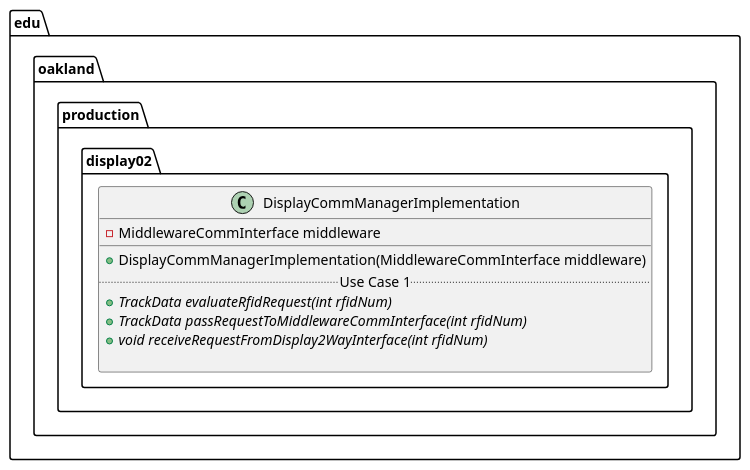
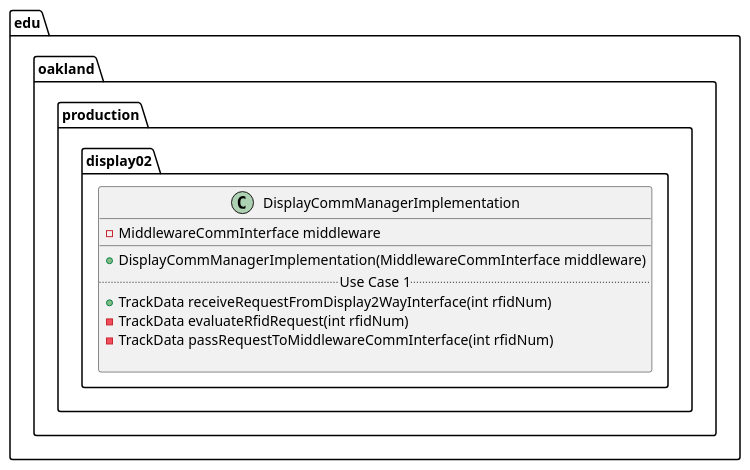
One commit to andrewdimmer/csi-3370-software-project changed the diagram in docs/uml-class-diagrams/display02/production/DisplayCommManagerImplementation/DisplayCommManagerImplementation.puml. Above: the diagram before and after it, drawn with PlantUML.

```diff
--- a/docs/uml-class-diagrams/display02/production/DisplayCommManagerImplementation/DisplayCommManagerImplementation.puml
+++ b/docs/uml-class-diagrams/display02/production/DisplayCommManagerImplementation/DisplayCommManagerImplementation.puml
@@ -1,16 +1,16 @@
 @startuml DisplayCommManagerImplementation
 
 package edu.oakland.production.display02 {
     class DisplayCommManagerImplementation {
         - MiddlewareCommInterface middleware
         __
         + DisplayCommManagerImplementation(MiddlewareCommInterface middleware)
         .. Use Case 1 ..
-        {abstract} + TrackData evaluateRfidRequest(int rfidNum)
-        {abstract} + TrackData passRequestToMiddlewareCommInterface(int rfidNum)
-        {abstract} + void receiveRequestFromDisplay2WayInterface(int rfidNum)
-
+        + TrackData receiveRequestFromDisplay2WayInterface(int rfidNum)
+        - TrackData evaluateRfidRequest(int rfidNum)
+        - TrackData passRequestToMiddlewareCommInterface(int rfidNum)
+        
     }
 }
 
 @enduml
```
